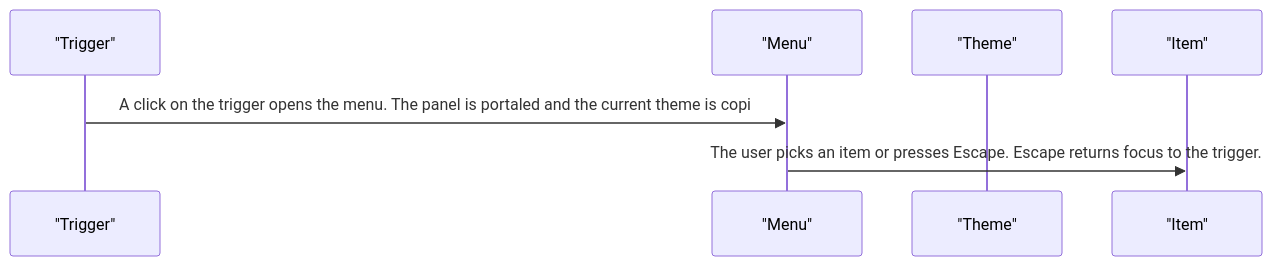
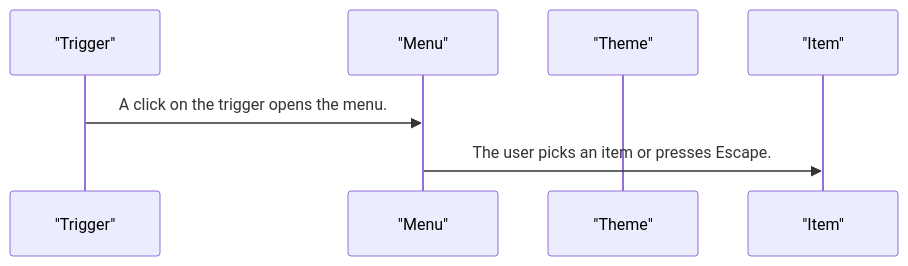
One commit to RajshekharBorate/pixel-ui changed the second of 4 diagrams in projects/pixel-ui/src/lib/pixel-menu/DESIGN.md. Above: the diagram before and after it, drawn with Mermaid. The commit also changed other lines of this file and 80 other files, not shown here.

Commit message:
Fill missing design flows and correct the stories that did not match component behavior.

````diff
--- a/projects/pixel-ui/src/lib/pixel-menu/DESIGN.md
+++ b/projects/pixel-ui/src/lib/pixel-menu/DESIGN.md
@@ -54,9 +54,9 @@
 ```mermaid
 sequenceDiagram
   participant trigger as "Trigger"
   participant menu as "Menu"
   participant theme as "Theme"
   participant item as "Item"
-  trigger->>menu: A click on the trigger opens the menu. The panel is portaled and the current theme is copi
-  menu->>item: The user picks an item or presses Escape. Escape returns focus to the trigger.
+  trigger->>menu: A click on the trigger opens the menu.
+  menu->>item: The user picks an item or presses Escape.
 ```
````
